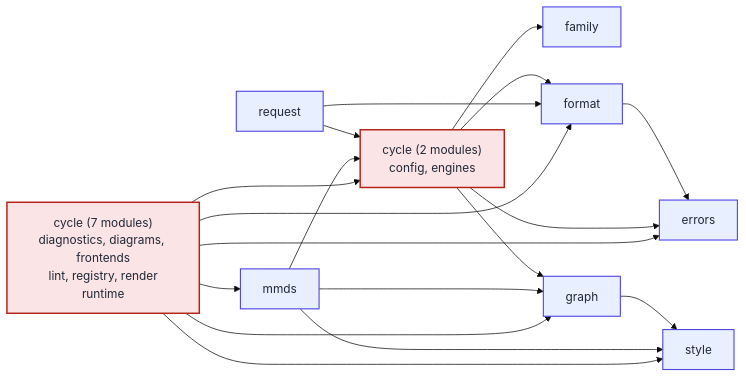
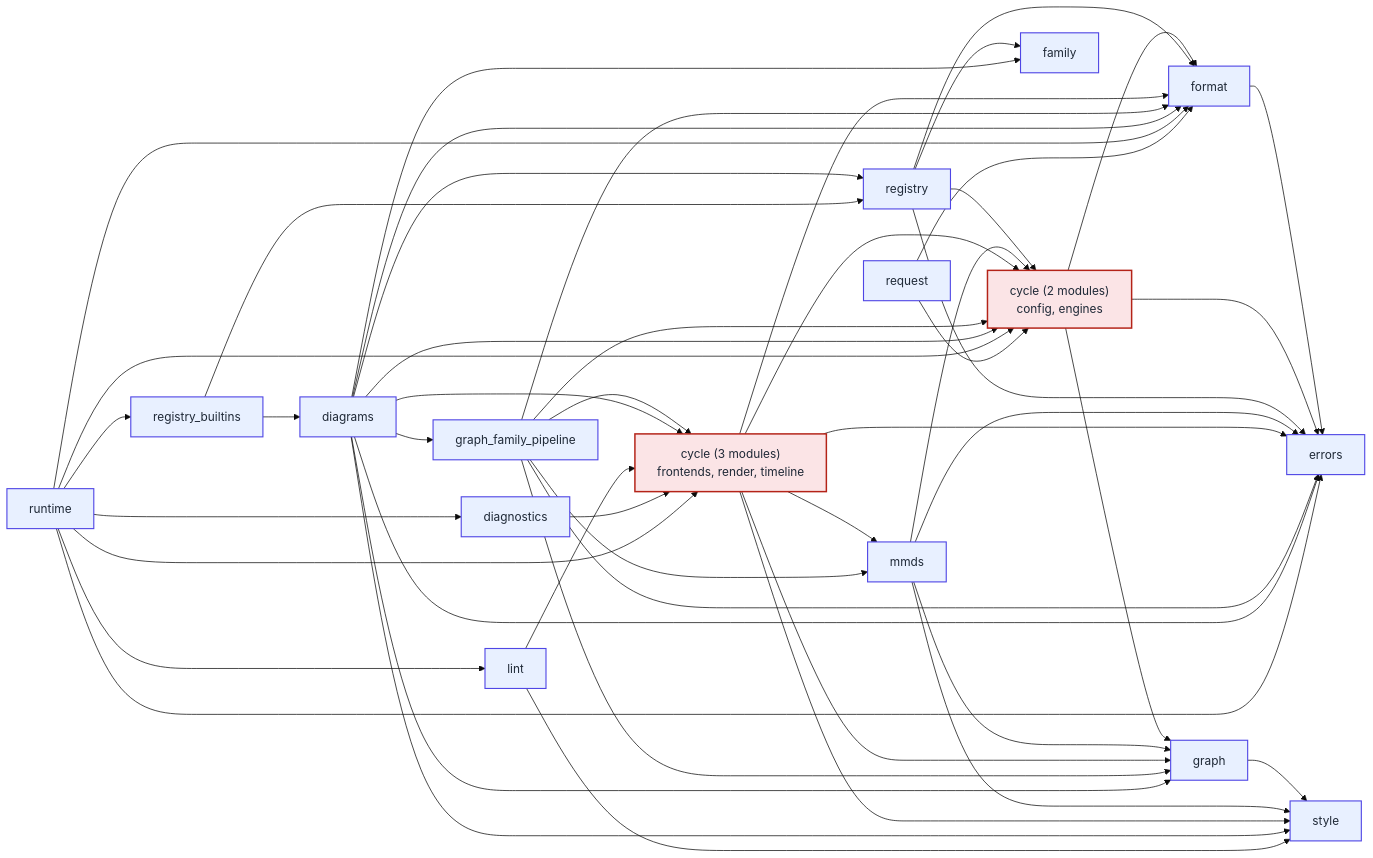
The diagram in docs/architecture/module-dependency-scc-dag.mmd (kevinswiber/mmdflux), drawn with Mermaid (base theme) before and after one commit. The commit also changed 5 other files, not shown here.

```diff
--- a/docs/architecture/module-dependency-scc-dag.mmd
+++ b/docs/architecture/module-dependency-scc-dag.mmd
@@ -1,36 +1,74 @@
 %% Generated by scripts/generate-rust-module-deps-scc.py
 %% crate-root: src/lib.rs
 %% max-depth: 1
-%% component-count: 9
-%% largest-scc-size: 7
+%% component-count: 16
+%% largest-scc-size: 3
 flowchart LR
-    scc_7["cycle (7 modules)<br/>diagnostics, diagrams, frontends<br/>lint, registry, render<br/>runtime"]
-    scc_6["mmds"]
-    scc_8["request"]
-    scc_5["cycle (2 modules)<br/>config, engines"]
-    scc_1["family"]
-    scc_2["format"]
+    scc_14["request"]
+    scc_15["runtime"]
+    scc_7["diagnostics"]
+    scc_12["lint"]
+    scc_13["registry_builtins"]
+    scc_11["diagrams"]
+    scc_9["graph_family_pipeline"]
+    scc_6["cycle (3 modules)<br/>frontends, render, timeline"]
+    scc_5["mmds"]
+    scc_10["registry"]
+    scc_4["cycle (2 modules)<br/>config, engines"]
+    scc_8["family"]
+    scc_1["format"]
     scc_0["errors"]
-    scc_4["graph"]
-    scc_3["style"]
-    scc_7 --> scc_0
-    scc_7 --> scc_2
-    scc_7 --> scc_3
-    scc_7 --> scc_4
-    scc_7 --> scc_5
+    scc_3["graph"]
+    scc_2["style"]
+    scc_14 --> scc_1
+    scc_14 --> scc_4
+    scc_15 --> scc_0
+    scc_15 --> scc_1
+    scc_15 --> scc_4
+    scc_15 --> scc_6
+    scc_15 --> scc_7
+    scc_15 --> scc_12
+    scc_15 --> scc_13
     scc_7 --> scc_6
+    scc_12 --> scc_2
+    scc_12 --> scc_6
+    scc_13 --> scc_10
+    scc_13 --> scc_11
+    scc_11 --> scc_0
+    scc_11 --> scc_1
+    scc_11 --> scc_2
+    scc_11 --> scc_3
+    scc_11 --> scc_4
+    scc_11 --> scc_6
+    scc_11 --> scc_8
+    scc_11 --> scc_9
+    scc_11 --> scc_10
+    scc_9 --> scc_0
+    scc_9 --> scc_1
+    scc_9 --> scc_3
+    scc_9 --> scc_4
+    scc_9 --> scc_5
+    scc_9 --> scc_6
+    scc_6 --> scc_0
+    scc_6 --> scc_1
+    scc_6 --> scc_2
     scc_6 --> scc_3
     scc_6 --> scc_4
     scc_6 --> scc_5
-    scc_8 --> scc_2
-    scc_8 --> scc_5
     scc_5 --> scc_0
-    scc_5 --> scc_1
     scc_5 --> scc_2
+    scc_5 --> scc_3
     scc_5 --> scc_4
-    scc_2 --> scc_0
+    scc_10 --> scc_0
+    scc_10 --> scc_1
+    scc_10 --> scc_4
+    scc_10 --> scc_8
+    scc_4 --> scc_0
+    scc_4 --> scc_1
     scc_4 --> scc_3
+    scc_1 --> scc_0
+    scc_3 --> scc_2
     classDef cycle fill:#fbe4e6,stroke:#b42318,stroke-width:2px,color:#1f2937;
     classDef singleton fill:#e8f0ff,stroke:#4f46e5,stroke-width:1.5px,color:#1f2937;
-    class scc_5,scc_7 cycle;
-    class scc_0,scc_1,scc_2,scc_3,scc_4,scc_6,scc_8 singleton;
+    class scc_4,scc_6 cycle;
+    class scc_0,scc_1,scc_2,scc_3,scc_5,scc_7,scc_8,scc_9,scc_10,scc_11,scc_12,scc_13,scc_14,scc_15 singleton;
```
